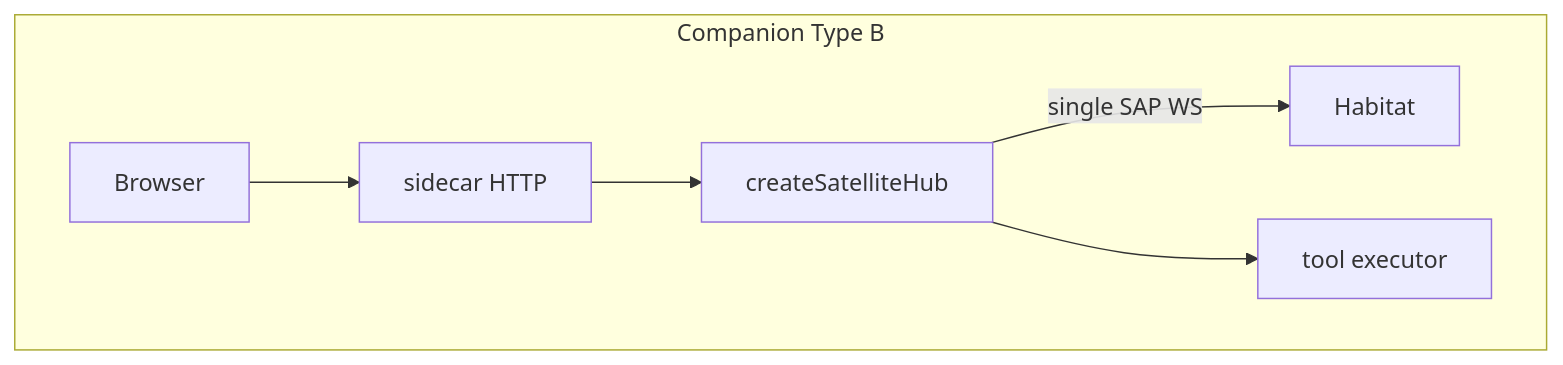
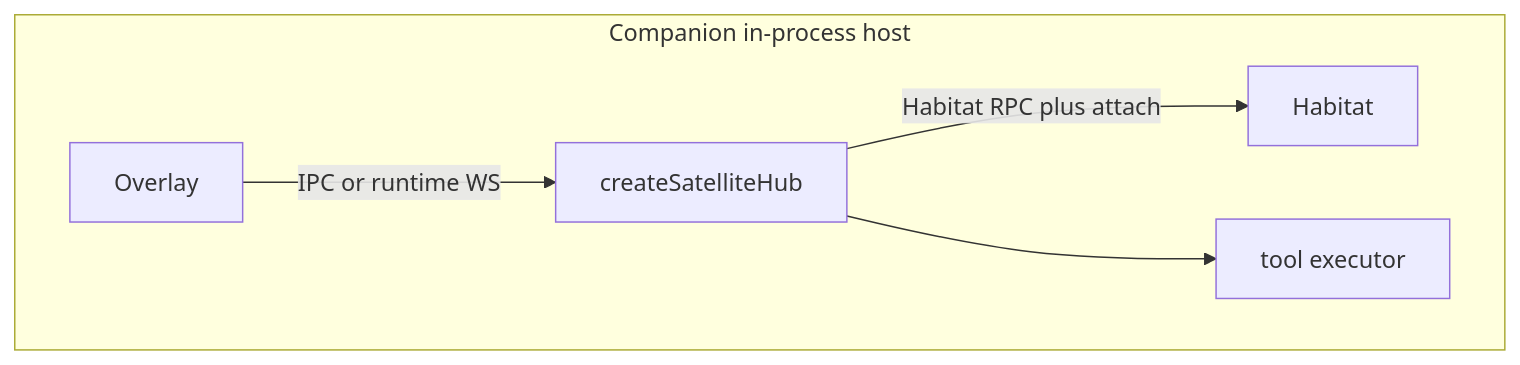
Before and after one commit to freeanima-org/freeanima: the diagram in docs/sap/satellite-guide.md, drawn with Mermaid. The commit also changed other lines of this file and 27 other files, not shown here.

First line of the commit message:
docs(sap): 对齐 Habitat RPC 并薄化 companion runtime

````diff
--- a/docs/sap/satellite-guide.md
+++ b/docs/sap/satellite-guide.md
@@ -81,9 +61,8 @@
 ```mermaid
 flowchart TB
-  subgraph companion [Companion Type B]
-    B[Browser] --> SidecarHTTP[sidecar HTTP]
-    SidecarHTTP --> ProcSAP[createSatelliteHub]
-    ProcSAP -->|single SAP WS| Habitat[Habitat]
-    ProcSAP --> ToolExec[tool executor]
+  subgraph companion [Companion in-process host]
+    Overlay[Overlay] -->|IPC or runtime WS| Host[createSatelliteHub]
+    Host -->|Habitat RPC plus attach| Habitat[Habitat]
+    Host --> ToolExec[tool executor]
   end
 ```
````
